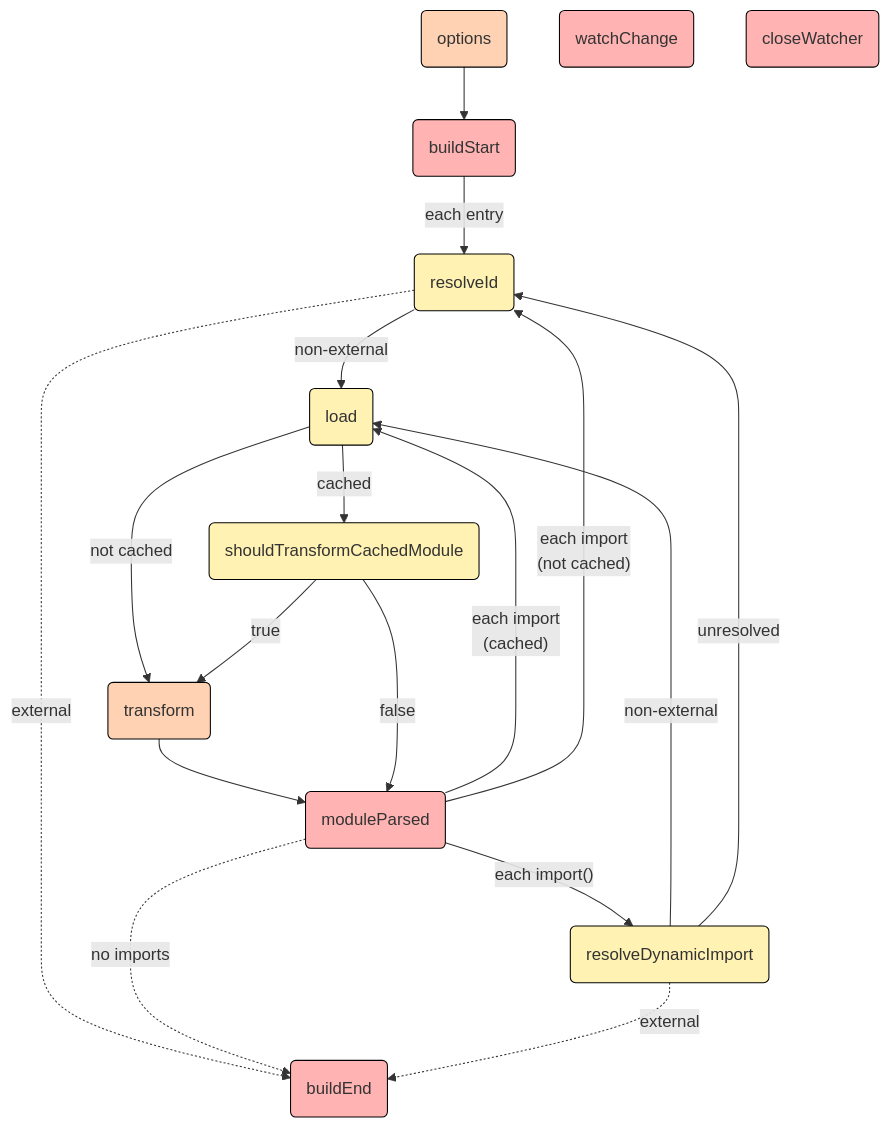
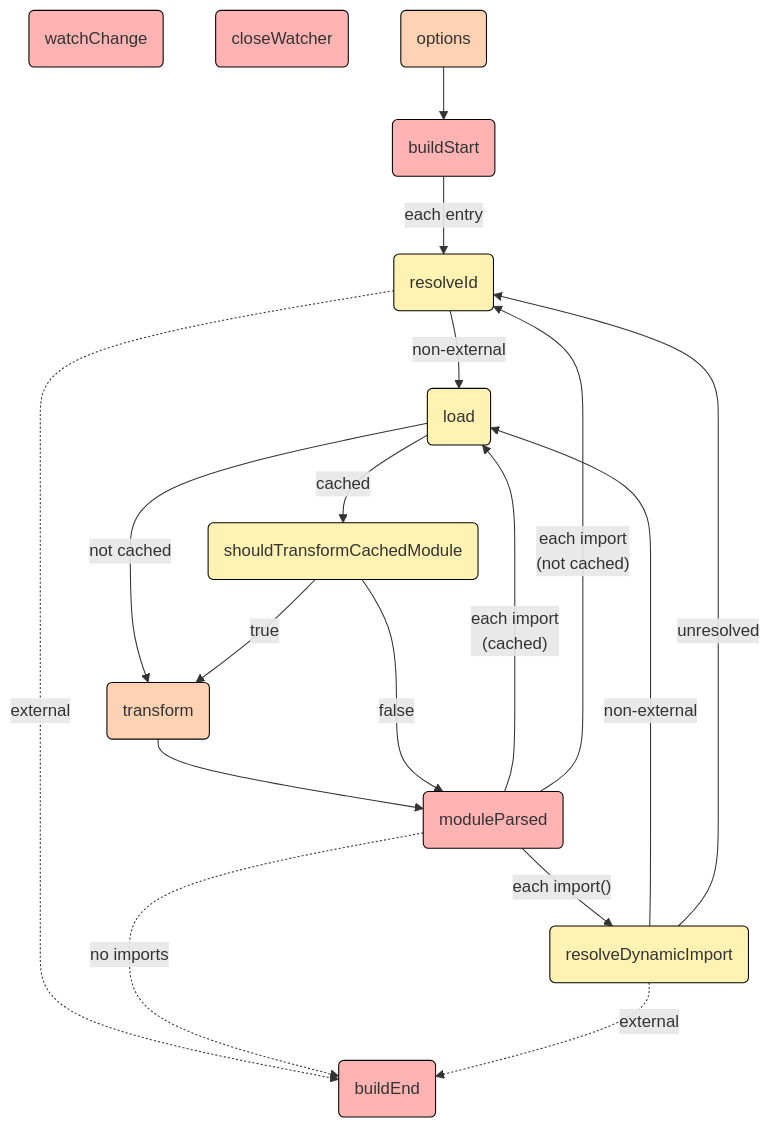
One commit to yfyrds46suysz/rollup-docs-cn changed the diagram in docs/build-hooks.mmd. Above: the diagram before and after it, drawn with Mermaid. The commit also changed other lines of this file, not shown here.

Commit message:
Adjust hook order in graph

```diff
--- a/docs/build-hooks.mmd
+++ b/docs/build-hooks.mmd
@@ -1,73 +1,73 @@
 flowchart TB
     classDef hook-parallel fill:#ffb3b3,stroke:#000;
     classDef hook-sequential fill:#ffd2b3,stroke:#000;
     classDef hook-first fill:#fff2b3,stroke:#000;
     classDef hook-sequential-sync fill:#ffd2b3,stroke:#f00;
     classDef hook-first-sync fill:#fff2b3,stroke:#f00;
+
+	watchchange("watchChange"):::hook-parallel
+	click watchchange "/guide/en/#watchchange" _parent
+
+    closewatcher("closeWatcher"):::hook-parallel
+	click closewatcher "/guide/en/#closewatcher" _parent
 
 	buildend("buildEnd"):::hook-parallel
 	click buildend "/guide/en/#buildend" _parent
 
     buildstart("buildStart"):::hook-parallel
 	click buildstart "/guide/en/#buildstart" _parent
 
 	load("load"):::hook-first
 	click load "/guide/en/#load" _parent
 
 	moduleparsed("moduleParsed"):::hook-parallel
 	click moduleparsed "/guide/en/#moduleparsed" _parent
 
 	options("options"):::hook-sequential
 	click options "/guide/en/#options" _parent
 
 	resolvedynamicimport("resolveDynamicImport"):::hook-first
 	click resolvedynamicimport "/guide/en/#resolvedynamicimport" _parent
 
 	resolveid("resolveId"):::hook-first
 	click resolveid "/guide/en/#resolveid" _parent
 
 	shouldtransformcachedmodule("shouldTransformCachedModule"):::hook-first
 	click shouldtransformcachedmodule "/guide/en/#shouldtransformcachedmodule" _parent
 
 	transform("transform"):::hook-sequential
 	click transform "/guide/en/#transform" _parent
-
-	watchchange("watchChange"):::hook-parallel
-	click watchchange "/guide/en/#watchchange" _parent
-
-    closewatcher("closeWatcher"):::hook-parallel
-	click closewatcher "/guide/en/#closewatcher" _parent
 
     options
     --> buildstart
     --> |each entry|resolveid
     .-> |external|buildend
 
     resolveid
     --> |non-external|load
     --> |not cached|transform
     --> moduleparsed
     .-> |no imports|buildend
 
     load
     --> |cached|shouldtransformcachedmodule
     --> |false|moduleparsed
 
     shouldtransformcachedmodule
     --> |true|transform
 
     moduleparsed
     --> |"each import()"|resolvedynamicimport
     --> |non-external|load
 
     moduleparsed
     --> |"each import\n(cached)"|load
 
     moduleparsed
     --> |"each import\n(not cached)"|resolveid
 
     resolvedynamicimport
     .-> |external|buildend
 
     resolvedynamicimport
     --> |unresolved|resolveid
```
